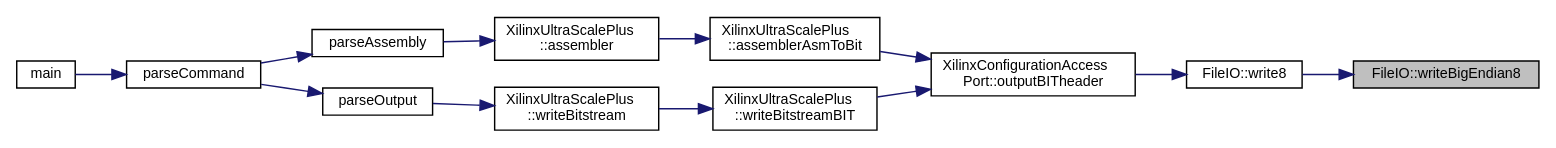
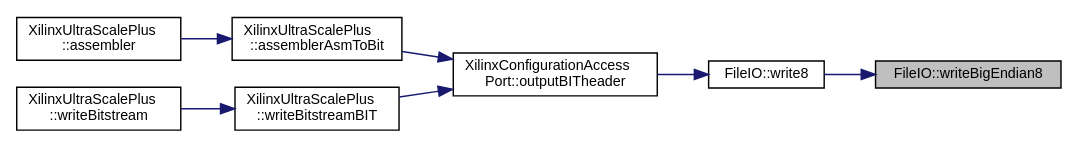
Before and after one commit to FPGA-Research-Manchester/byteman: the diagram in namespaceFileIO_ace27e8bf091c04daa573cf803e609311_icgraph.dot, drawn with Graphviz. The commit also changed 1540 other files, not shown here.

```diff
--- a/namespaceFileIO_ace27e8bf091c04daa573cf803e609311_icgraph.dot
+++ b/namespaceFileIO_ace27e8bf091c04daa573cf803e609311_icgraph.dot
@@ -1,30 +1,21 @@
 digraph "FileIO::writeBigEndian8"
 {
  // INTERACTIVE_SVG=YES
  // LATEX_PDF_SIZE
   edge [fontname="Helvetica",fontsize="10",labelfontname="Helvetica",labelfontsize="10"];
   node [fontname="Helvetica",fontsize="10",shape=record];
   rankdir="RL";
   Node1 [label="FileIO::writeBigEndian8",height=0.2,width=0.4,color="black", fillcolor="grey75", style="filled", fontcolor="black",tooltip=" "];
   Node1 -> Node2 [dir="back",color="midnightblue",fontsize="10",style="solid",fontname="Helvetica"];
   Node2 [label="FileIO::write8",height=0.2,width=0.4,color="black", fillcolor="white", style="filled",URL="$namespaceFileIO.html#a20a00cf946aecd26e3a65b95ea0f7f60",tooltip=" "];
   Node2 -> Node3 [dir="back",color="midnightblue",fontsize="10",style="solid",fontname="Helvetica"];
   Node3 [label="XilinxConfigurationAccess\lPort::outputBITheader",height=0.2,width=0.4,color="black", fillcolor="white", style="filled",URL="$classXilinxConfigurationAccessPort.html#a80c8f1b9404adad15c0eb26612e0f028",tooltip=" "];
   Node3 -> Node4 [dir="back",color="midnightblue",fontsize="10",style="solid",fontname="Helvetica"];
   Node4 [label="XilinxUltraScalePlus\l::assemblerAsmToBit",height=0.2,width=0.4,color="black", fillcolor="white", style="filled",URL="$classXilinxUltraScalePlus.html#a058802c627c4177c6fd88ca079551207",tooltip=" "];
   Node4 -> Node5 [dir="back",color="midnightblue",fontsize="10",style="solid",fontname="Helvetica"];
   Node5 [label="XilinxUltraScalePlus\l::assembler",height=0.2,width=0.4,color="black", fillcolor="white", style="filled",URL="$classXilinxUltraScalePlus.html#a53e5f6ec962f1f2a961f90b8b9e90e10",tooltip=" "];
-  Node5 -> Node6 [dir="back",color="midnightblue",fontsize="10",style="solid",fontname="Helvetica"];
-  Node6 [label="parseAssembly",height=0.2,width=0.4,color="black", fillcolor="white", style="filled",URL="$byteman_8cpp.html#abdebe35e6ba3749eaa14350ca0942419",tooltip=" "];
+  Node3 -> Node6 [dir="back",color="midnightblue",fontsize="10",style="solid",fontname="Helvetica"];
+  Node6 [label="XilinxUltraScalePlus\l::writeBitstreamBIT",height=0.2,width=0.4,color="black", fillcolor="white", style="filled",URL="$classXilinxUltraScalePlus.html#aafc764306446548f9127f3e30759af49",tooltip=" "];
   Node6 -> Node7 [dir="back",color="midnightblue",fontsize="10",style="solid",fontname="Helvetica"];
-  Node7 [label="parseCommand",height=0.2,width=0.4,color="black", fillcolor="white", style="filled",URL="$byteman_8cpp.html#a913ad3944130fafece24fe460db9b6aa",tooltip=" "];
-  Node7 -> Node8 [dir="back",color="midnightblue",fontsize="10",style="solid",fontname="Helvetica"];
-  Node8 [label="main",height=0.2,width=0.4,color="black", fillcolor="white", style="filled",URL="$byteman_8cpp.html#a0ddf1224851353fc92bfbff6f499fa97",tooltip=" "];
-  Node3 -> Node9 [dir="back",color="midnightblue",fontsize="10",style="solid",fontname="Helvetica"];
-  Node9 [label="XilinxUltraScalePlus\l::writeBitstreamBIT",height=0.2,width=0.4,color="black", fillcolor="white", style="filled",URL="$classXilinxUltraScalePlus.html#aafc764306446548f9127f3e30759af49",tooltip=" "];
-  Node9 -> Node10 [dir="back",color="midnightblue",fontsize="10",style="solid",fontname="Helvetica"];
-  Node10 [label="XilinxUltraScalePlus\l::writeBitstream",height=0.2,width=0.4,color="black", fillcolor="white", style="filled",URL="$classXilinxUltraScalePlus.html#a7f2a7c34766d004adc6f1cfe1bdd62e7",tooltip=" "];
-  Node10 -> Node11 [dir="back",color="midnightblue",fontsize="10",style="solid",fontname="Helvetica"];
-  Node11 [label="parseOutput",height=0.2,width=0.4,color="black", fillcolor="white", style="filled",URL="$byteman_8cpp.html#a6864a632485326d2049256aeb01cc4cf",tooltip=" "];
-  Node11 -> Node7 [dir="back",color="midnightblue",fontsize="10",style="solid",fontname="Helvetica"];
+  Node7 [label="XilinxUltraScalePlus\l::writeBitstream",height=0.2,width=0.4,color="black", fillcolor="white", style="filled",URL="$classXilinxUltraScalePlus.html#a7f2a7c34766d004adc6f1cfe1bdd62e7",tooltip=" "];
 }
```
